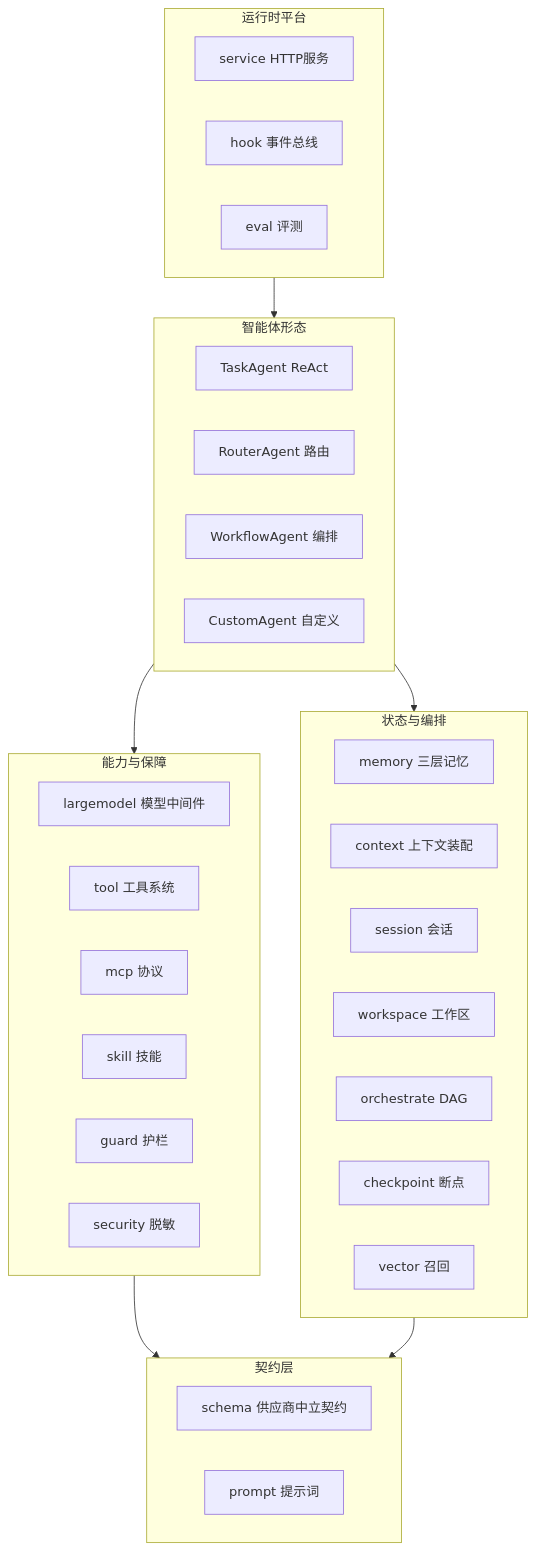
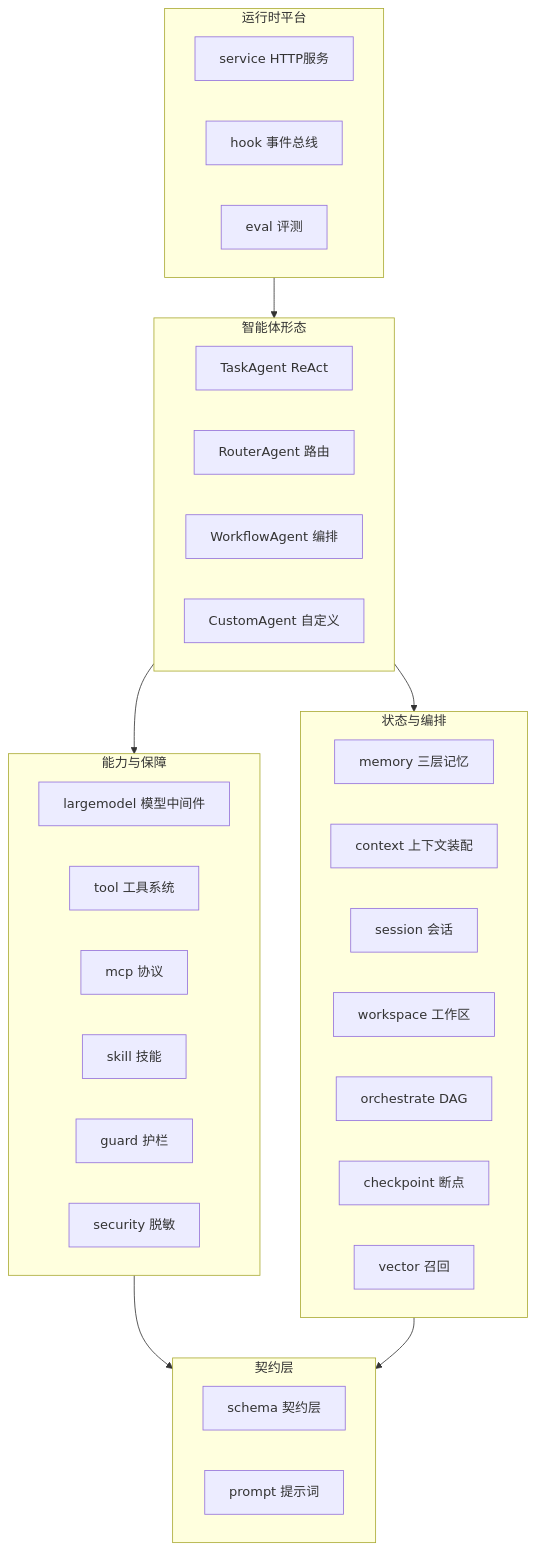
One commit to vogo/vage changed the first of 2 diagrams in doc/architecture/architecture.md. Above: the diagram before and after it, drawn with Mermaid. The commit also changed other lines of this file and 13 other files, not shown here.

Commit message:
docs: update architecture docs for dual-track provider design

````diff
--- a/doc/architecture/architecture.md
+++ b/doc/architecture/architecture.md
@@ -9,41 +9,41 @@
 ```mermaid
 graph TD
     subgraph L4[运行时平台]
         service[service HTTP服务]
         hook[hook 事件总线]
         eval[eval 评测]
     end
     subgraph L3[智能体形态]
         task[TaskAgent ReAct]
         router[RouterAgent 路由]
         workflow[WorkflowAgent 编排]
         custom[CustomAgent 自定义]
     end
     subgraph L2[能力与保障]
         model[largemodel 模型中间件]
         tool[tool 工具系统]
         mcp[mcp 协议]
         skill[skill 技能]
         guard[guard 护栏]
         security[security 脱敏]
     end
     subgraph L1[状态与编排]
         memory[memory 三层记忆]
         vctx[context 上下文装配]
         session[session 会话]
         workspace[workspace 工作区]
         orchestrate[orchestrate DAG]
         checkpoint[checkpoint 断点]
         vector[vector 召回]
     end
     subgraph L0[契约层]
-        schema[schema 供应商中立契约]
+        schema[schema 契约层]
         prompt[prompt 提示词]
     end
 
     L4 --> L3
     L3 --> L2
     L3 --> L1
     L2 --> L0
     L1 --> L0
 ```
````
